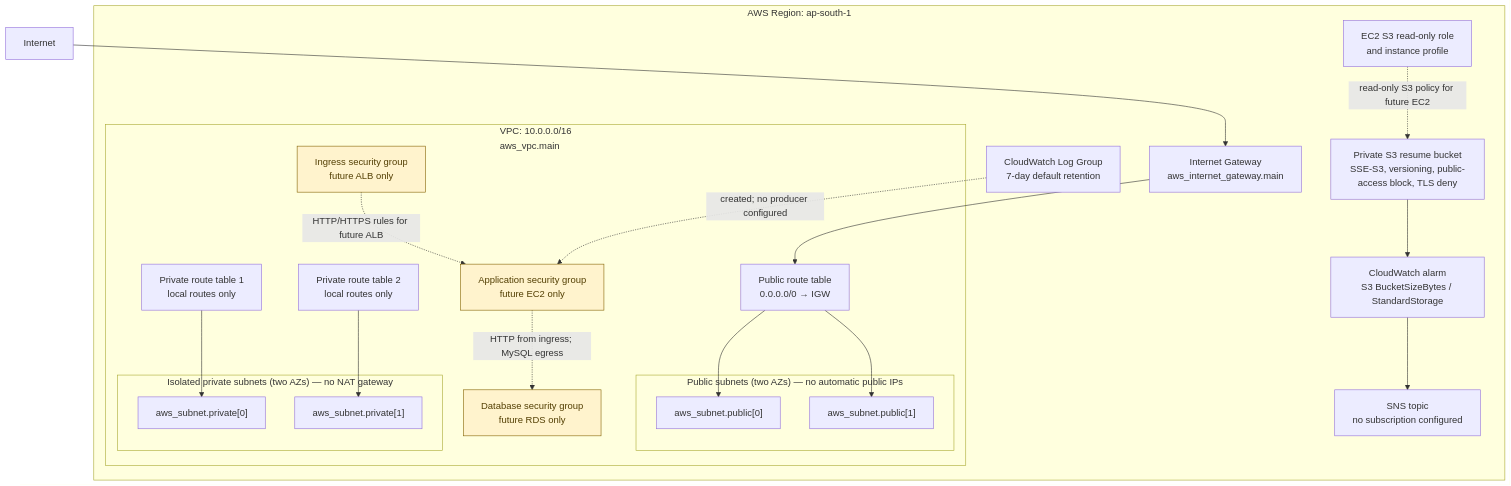
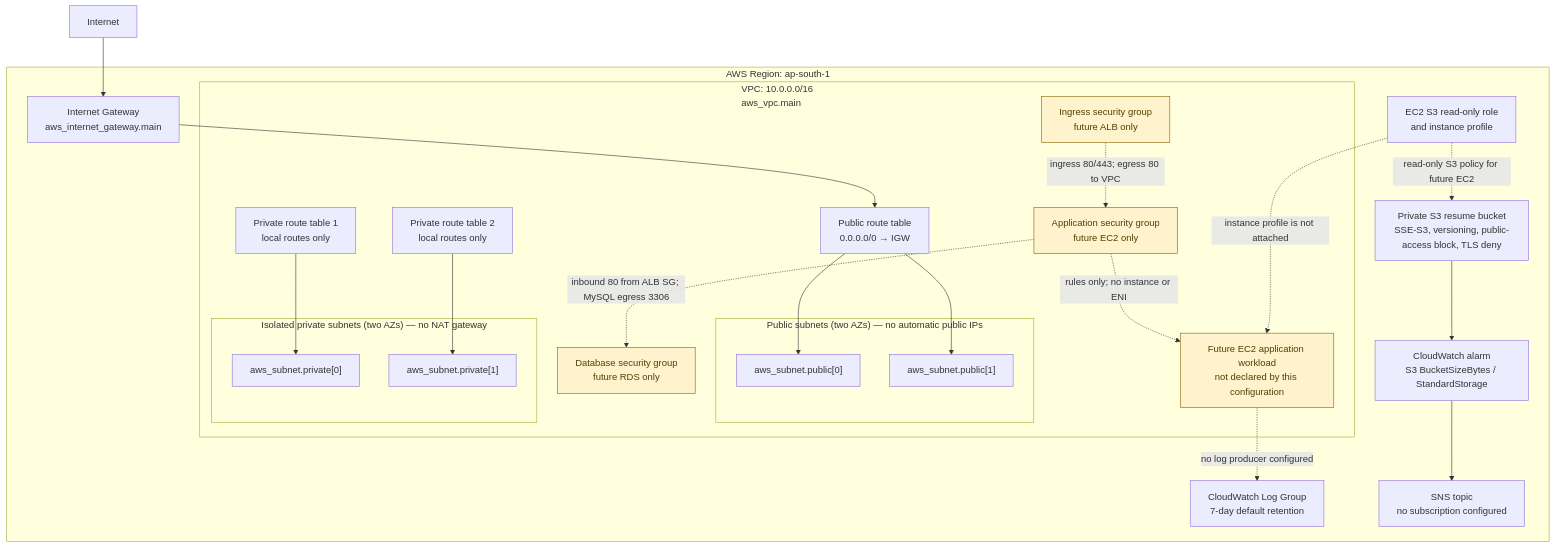
The diagram in assignments/week-12-talentflow-ai/infrastructure/terraform/architecture.mmd (sameerhdevops/davine-aws-cloud-internship), drawn with Mermaid before and after one commit. The commit also changed 26 other files, not shown here.

```diff
--- a/assignments/week-12-talentflow-ai/infrastructure/terraform/architecture.mmd
+++ b/assignments/week-12-talentflow-ai/infrastructure/terraform/architecture.mmd
@@ -1,46 +1,50 @@
 flowchart TB
   Internet[Internet]
 
   subgraph AWS["AWS Region: ap-south-1"]
     IGW["Internet Gateway\naws_internet_gateway.main"]
 
     subgraph VPC["VPC: 10.0.0.0/16\naws_vpc.main"]
       PublicRT["Public route table\n0.0.0.0/0 → IGW"]
       PrivateRT1["Private route table 1\nlocal routes only"]
       PrivateRT2["Private route table 2\nlocal routes only"]
 
       subgraph PublicTier["Public subnets (two AZs) — no automatic public IPs"]
         Public1["aws_subnet.public[0]"]
         Public2["aws_subnet.public[1]"]
       end
 
       subgraph PrivateTier["Isolated private subnets (two AZs) — no NAT gateway"]
         Private1["aws_subnet.private[0]"]
         Private2["aws_subnet.private[1]"]
       end
 
+      FutureWorkload["Future EC2 application workload\nnot declared by this configuration"]
+
       IngressSG["Ingress security group\nfuture ALB only"]
       AppSG["Application security group\nfuture EC2 only"]
       DbSG["Database security group\nfuture RDS only"]
     end
 
     S3["Private S3 resume bucket\nSSE-S3, versioning, public-access block, TLS deny"]
     Role["EC2 S3 read-only role\nand instance profile"]
     Logs["CloudWatch Log Group\n7-day default retention"]
     Alarm["CloudWatch alarm\nS3 BucketSizeBytes / StandardStorage"]
     Topic["SNS topic\nno subscription configured"]
   end
 
   Internet --> IGW --> PublicRT
   PublicRT --> Public1
   PublicRT --> Public2
   PrivateRT1 --> Private1
   PrivateRT2 --> Private2
-  IngressSG -. "HTTP/HTTPS rules for future ALB" .-> AppSG
-  AppSG -. "HTTP from ingress; MySQL egress" .-> DbSG
+  IngressSG -. "ingress 80/443; egress 80 to VPC" .-> AppSG
+  AppSG -. "inbound 80 from ALB SG; MySQL egress 3306" .-> DbSG
   Role -. "read-only S3 policy for future EC2" .-> S3
   S3 --> Alarm --> Topic
-  Logs -. "created; no producer configured" .-> AppSG
+  AppSG -. "rules only; no instance or ENI" .-> FutureWorkload
+  Role -. "instance profile is not attached" .-> FutureWorkload
+  FutureWorkload -. "no log producer configured" .-> Logs
 
   classDef future fill:#fff3cd,stroke:#856404,color:#533f03;
-  class IngressSG,AppSG,DbSG future;
+  class FutureWorkload,IngressSG,AppSG,DbSG future;
```
